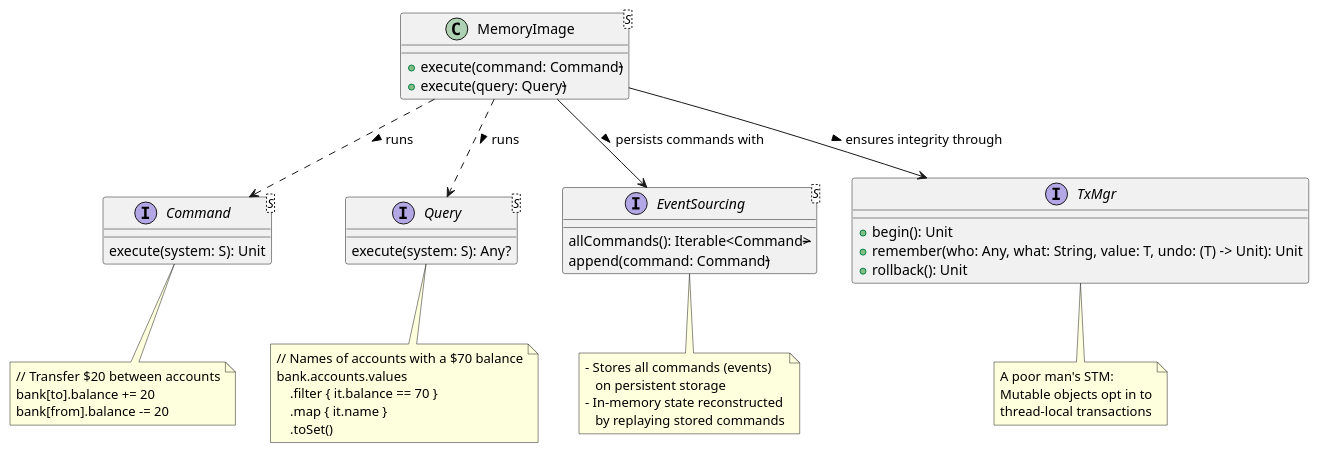
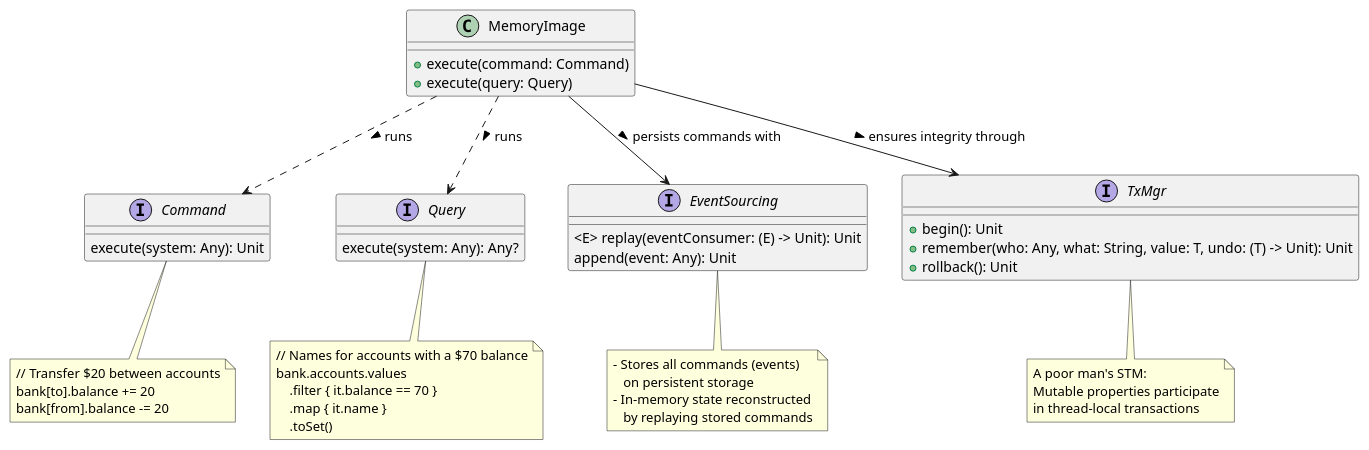
Before and after one commit to xrrocha/kmemimg: the diagram in kmemimg.puml, drawn with PlantUML.

Commit message:
Updated UML class diagram

```diff
--- a/kmemimg.puml
+++ b/kmemimg.puml
@@ -1,57 +1,57 @@
 @startuml
 
 together {
-    interface Command<S> {
-        execute(system: S): Unit
+    interface Command {
+        execute(system: Any): Unit
     }
     note bottom of Command
         // Transfer $20 between accounts
         bank[to].balance += 20
         bank[from].balance -= 20
     end note
 
-    interface Query<S> {
-        execute(system: S): Any?
+    interface Query {
+        execute(system: Any): Any?
     }
     note bottom of Query
-        // Names of accounts with a $70 balance
+        // Names for accounts with a $70 balance
         bank.accounts.values
             .filter { it.balance == 70 }
             .map { it.name }
             .toSet()
     end note
 }
 
 together {
-    interface EventSourcing<S> {
-        allCommands(): Iterable<Command<S>>
-        append(command: Command<S>)
+    interface EventSourcing {
+        <E> replay(eventConsumer: (E) -> Unit): Unit
+        append(event: Any): Unit
     }
     note bottom of EventSourcing
         - Stores all commands (events)
            on persistent storage
         - In-memory state reconstructed
            by replaying stored commands
     end note
     interface TxMgr {
         + begin(): Unit
         + remember(who: Any, what: String, value: T, undo: (T) -> Unit): Unit
         + rollback(): Unit
     }
     note bottom of TxMgr
         A poor man's STM:
-        Mutable objects opt in to
-        thread-local transactions
+        Mutable properties participate
+        in thread-local transactions
     end note
 }
 
-class MemoryImage<S> {
-    + execute(command: Command<S>)
-    + execute(query: Query<S>)
+class MemoryImage {
+    + execute(command: Command)
+    + execute(query: Query)
 }
 MemoryImage ..> Command: runs >
 MemoryImage ..> Query: runs >
 MemoryImage --> EventSourcing: persists commands with >
 MemoryImage --> TxMgr: ensures integrity through >
 
 @enduml
```
